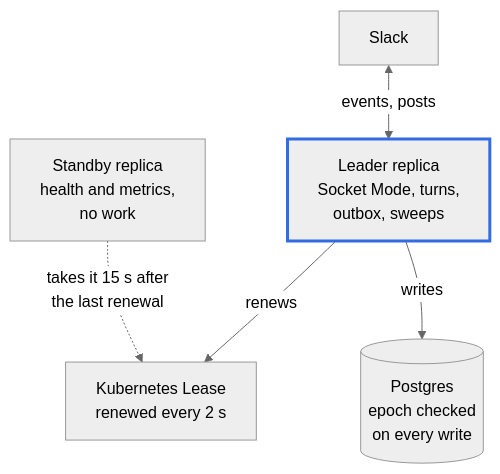
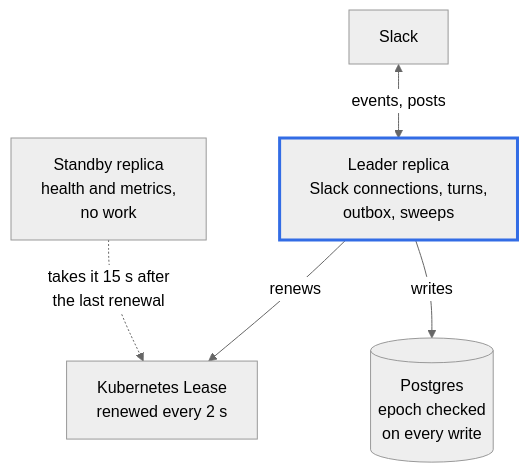
One commit to agentkourier/agent-kourier changed the diagram in docs/explanation/high-availability.md. Above: the diagram before and after it, drawn with Mermaid (neutral theme). The commit also changed other lines of this file and 15 other files, not shown here.

First line of the commit message:
docs(slack): document Slack HTTP mode

````diff
--- a/docs/explanation/high-availability.md
+++ b/docs/explanation/high-availability.md
@@ -6,16 +6,16 @@
 ```mermaid
 flowchart TB
     Slack["Slack"]
-    Leader["Leader replica<br/>Socket Mode, turns,<br/>outbox, sweeps"]
+    Leader["Leader replica<br/>Slack connections, turns,<br/>outbox, sweeps"]
     Standby["Standby replica<br/>health and metrics,<br/>no work"]
     Lease["Kubernetes Lease<br/>renewed every 2 s"]
     PG[("Postgres<br/>epoch checked<br/>on every write")]
 
     Slack <-->|events, posts| Leader
     Leader -->|renews| Lease
     Standby -.->|takes it 15 s after<br/>the last renewal| Lease
     Leader -->|writes| PG
 
     classDef core stroke:#326CE5,stroke-width:3px
     class Leader core
 ```
````
